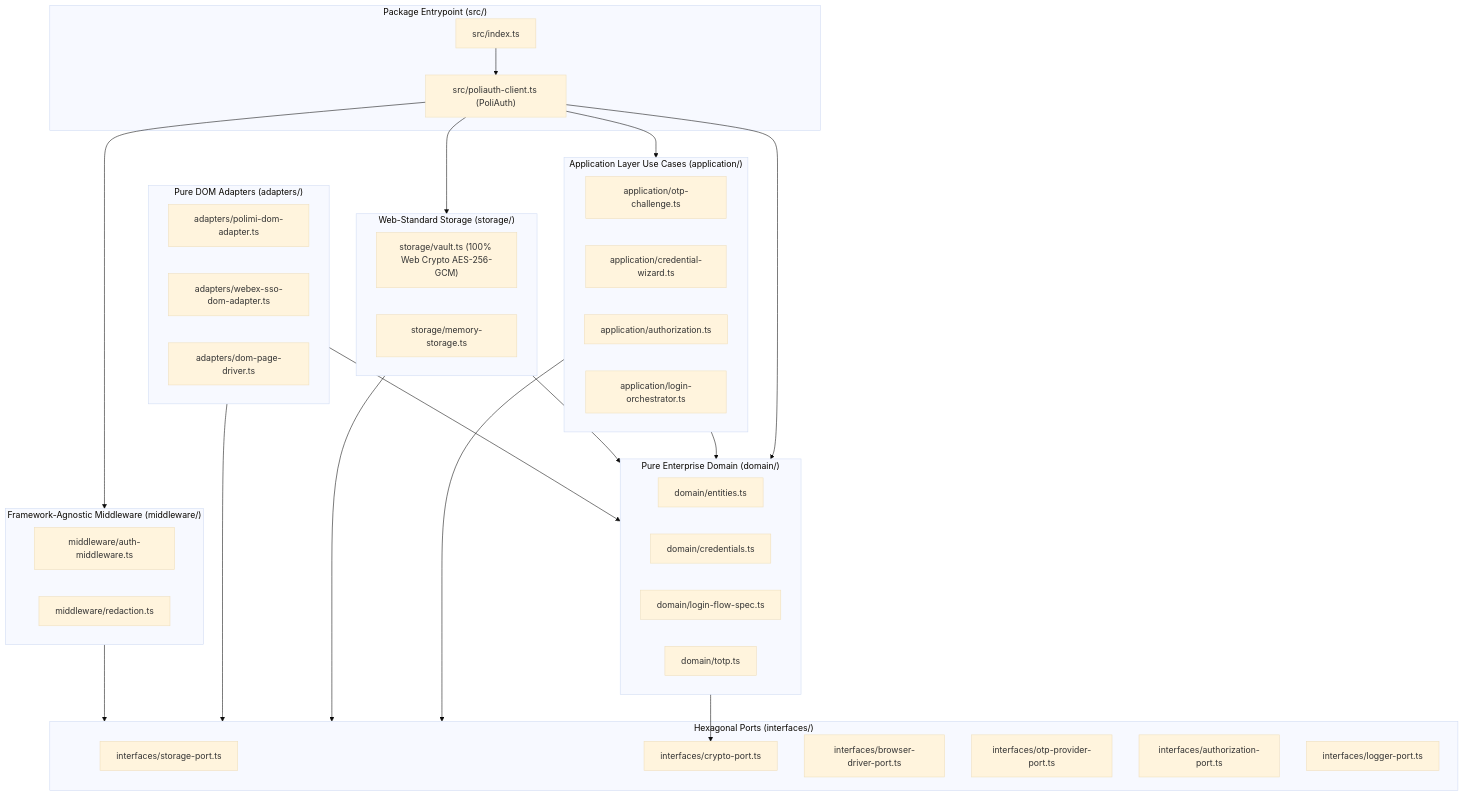
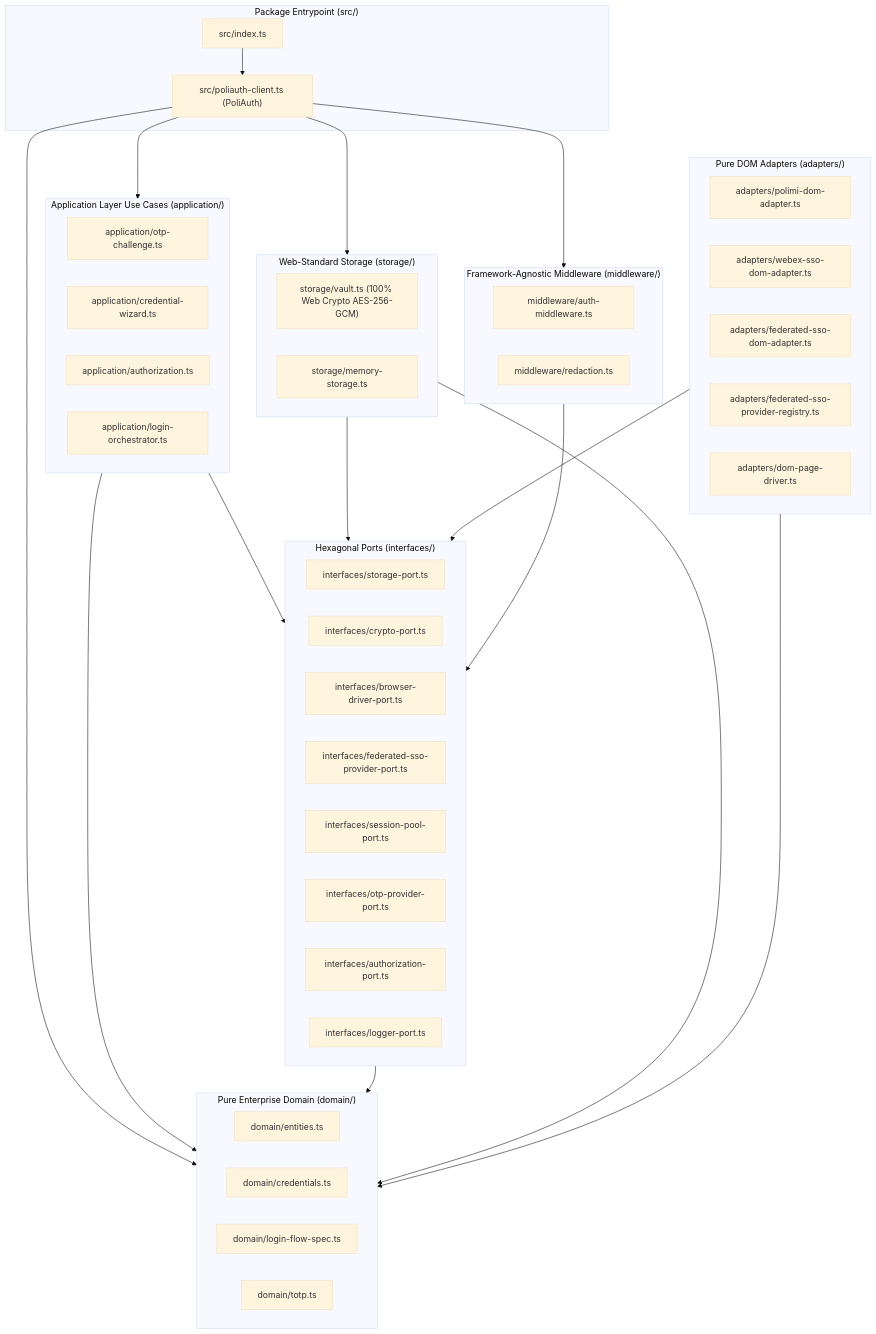
The diagram in packages/poliauth/docs/01-architecture-analysis-and-coupling-report.md (m-ebrahimzadeh/polisdk), drawn with Mermaid (base theme) before and after one commit. The commit also changed 7 other files, not shown here.

````diff
--- a/packages/poliauth/docs/01-architecture-analysis-and-coupling-report.md
+++ b/packages/poliauth/docs/01-architecture-analysis-and-coupling-report.md
@@ -11,60 +11,64 @@
 ```mermaid
 flowchart TD
   subgraph Facade["Package Entrypoint (src/)"]
     Index["src/index.ts"]
     Client["src/poliauth-client.ts (PoliAuth)"]
   end
 
   subgraph Application["Application Layer Use Cases (application/)"]
     OtpCoord["application/otp-challenge.ts"]
     Wizard["application/credential-wizard.ts"]
     Authz["application/authorization.ts"]
     Orch["application/login-orchestrator.ts"]
   end
 
   subgraph Domain["Pure Enterprise Domain (domain/)"]
     Entities["domain/entities.ts"]
     Creds["domain/credentials.ts"]
     FlowSpec["domain/login-flow-spec.ts"]
     Totp["domain/totp.ts"]
   end
 
   subgraph Ports["Hexagonal Ports (interfaces/)"]
     StoragePort["interfaces/storage-port.ts"]
     CryptoPort["interfaces/crypto-port.ts"]
     DriverPort["interfaces/browser-driver-port.ts"]
+    FederatedPort["interfaces/federated-sso-provider-port.ts"]
+    SessionPoolPort["interfaces/session-pool-port.ts"]
     OtpPort["interfaces/otp-provider-port.ts"]
     AuthzPort["interfaces/authorization-port.ts"]
     LoggerPort["interfaces/logger-port.ts"]
   end
 
   subgraph Storage["Web-Standard Storage (storage/)"]
     Vault["storage/vault.ts (100% Web Crypto AES-256-GCM)"]
     MemStore["storage/memory-storage.ts"]
   end
 
   subgraph Adapters["Pure DOM Adapters (adapters/)"]
     PolimiDom["adapters/polimi-dom-adapter.ts"]
     WebexDom["adapters/webex-sso-dom-adapter.ts"]
+    FederatedDom["adapters/federated-sso-dom-adapter.ts"]
+    Registry["adapters/federated-sso-provider-registry.ts"]
     DomDriver["adapters/dom-page-driver.ts"]
   end
 
   subgraph Middleware["Framework-Agnostic Middleware (middleware/)"]
     AuthMw["middleware/auth-middleware.ts"]
     Redaction["middleware/redaction.ts"]
   end
 
   Index --> Client
   Client --> Application
   Client --> Domain
   Client --> Storage
   Client --> Middleware
   Application --> Domain
   Application --> Ports
-  Domain --> CryptoPort
+  Ports --> Domain
   Storage --> Domain
   Storage --> Ports
   Adapters --> Domain
   Adapters --> Ports
   Middleware --> Ports
 ```
````
